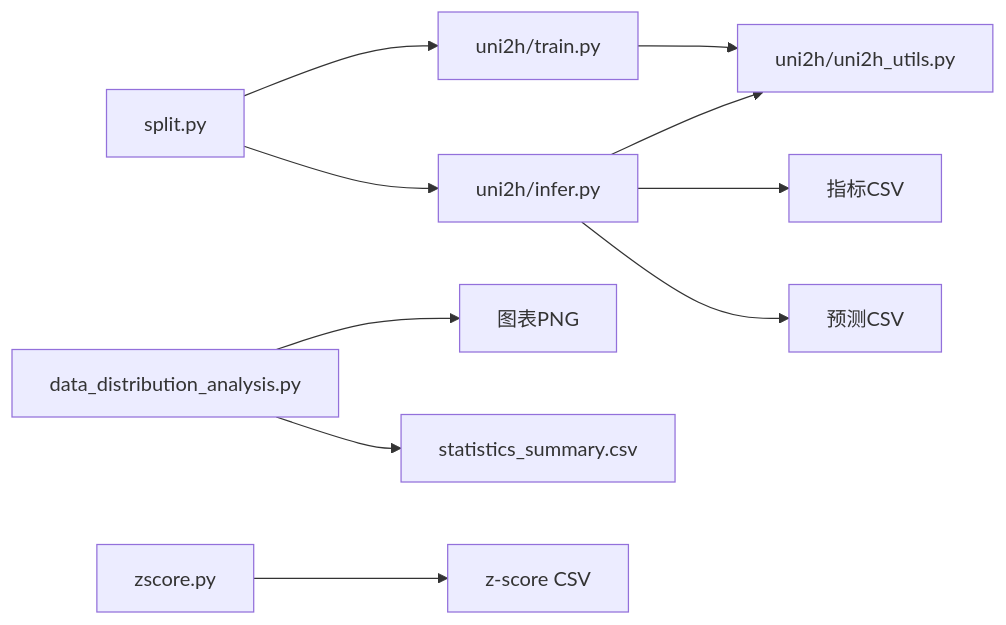
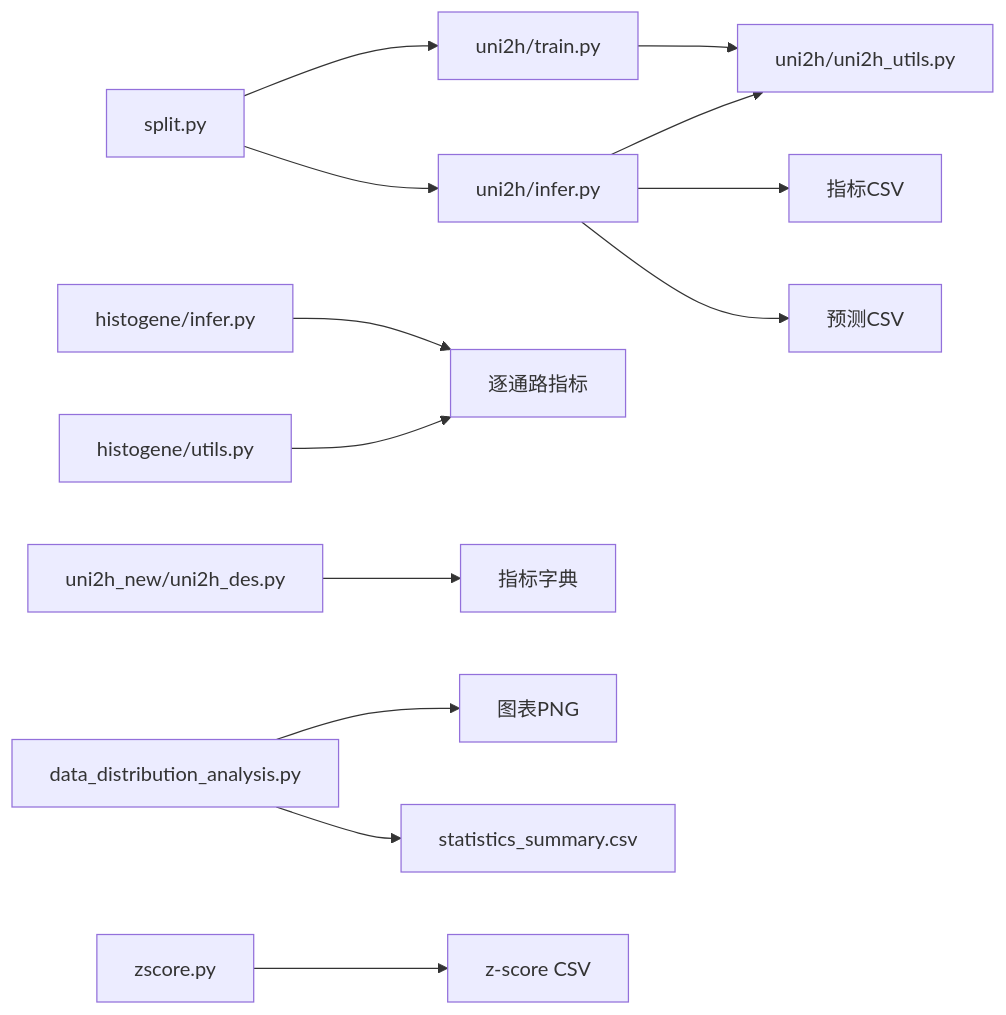
Before and after one commit to qzs610038-star/AI-esophagus-cancer-basedon-HF-HT: the third of 3 diagrams in .qoder/repowiki/zh/content/推理评估系统/评估指标与结果分析.md, drawn with Mermaid. The commit also changed other lines of this file and 14 other files, not shown here.

````diff
--- a/.qoder/repowiki/zh/content/推理评估系统/评估指标与结果分析.md
+++ b/.qoder/repowiki/zh/content/推理评估系统/评估指标与结果分析.md
@@ -242,12 +303,15 @@
 ```mermaid
 graph LR
 train["uni2h/train.py"] --> utils["uni2h/uni2h_utils.py"]
 infer["uni2h/infer.py"] --> utils
 infer --> metrics["指标CSV"]
 infer --> pred["预测CSV"]
+histo_infer["histogene/infer.py"] --> per_pathway["逐通路指标"]
+histo_utils["histogene/utils.py"] --> per_pathway
+des_utils["uni2h_new/uni2h_des.py"] --> dict_metrics["指标字典"]
 dist["data_distribution_analysis.py"] --> charts["图表PNG"]
 dist --> summary["statistics_summary.csv"]
 zscore["zscore.py"] --> zcsv["z-score CSV"]
 split["split.py"] --> train
 split --> infer
 ```
````
